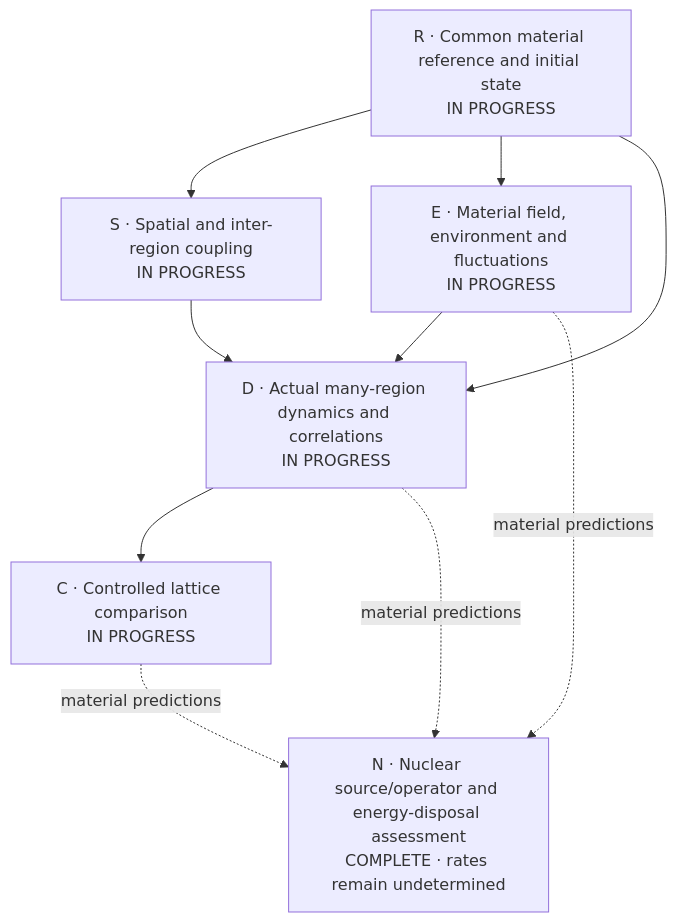
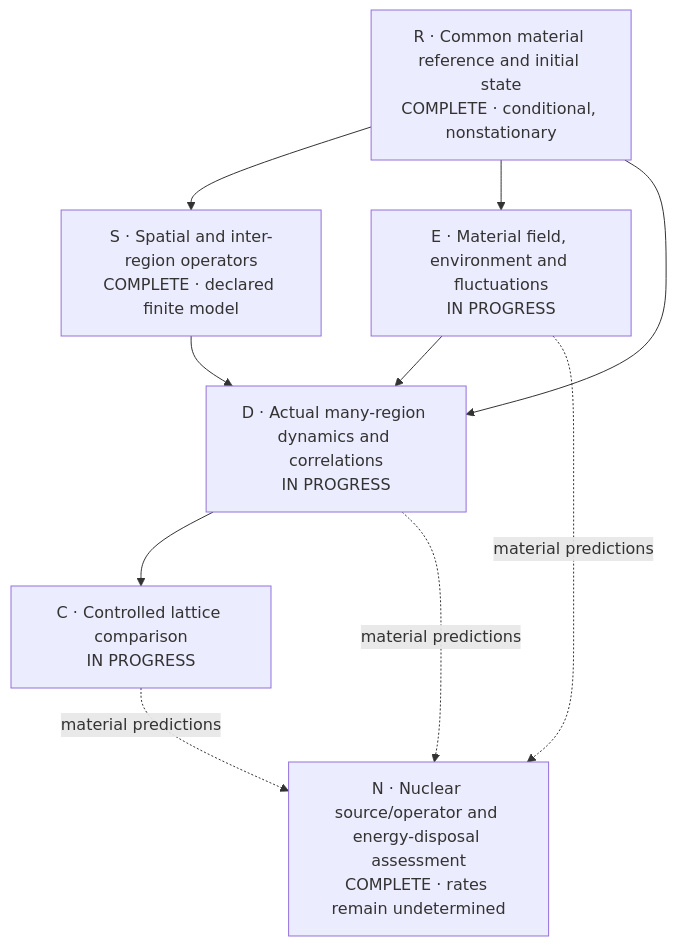
Before and after one commit to giuliano-vantasner/substrate-framework: the first of 2 diagrams in proposals/P254-ni-collective-response/SOLUTION.md, drawn with Mermaid. The commit also changed other lines of this file and 36 other files, not shown here.

````diff
--- a/proposals/P254-ni-collective-response/SOLUTION.md
+++ b/proposals/P254-ni-collective-response/SOLUTION.md
@@ -16,18 +16,18 @@
 ```mermaid
 flowchart TD
-    R["R · Common material reference and initial state\nIN PROGRESS"]
-    S["S · Spatial and inter-region coupling\nIN PROGRESS"]
+    R["R · Common material reference and initial state\nCOMPLETE · conditional, nonstationary"]
+    S["S · Spatial and inter-region operators\nCOMPLETE · declared finite model"]
     E["E · Material field, environment and fluctuations\nIN PROGRESS"]
     D["D · Actual many-region dynamics and correlations\nIN PROGRESS"]
     C["C · Controlled lattice comparison\nIN PROGRESS"]
     N["N · Nuclear source/operator and energy-disposal assessment\nCOMPLETE · rates remain undetermined"]
     R --> S
     R --> E
     R --> D
     S --> D
     E --> D
     D --> C
     E -. "material predictions" .-> N
     D -. "material predictions" .-> N
     C -. "material predictions" .-> N
 ```
````
